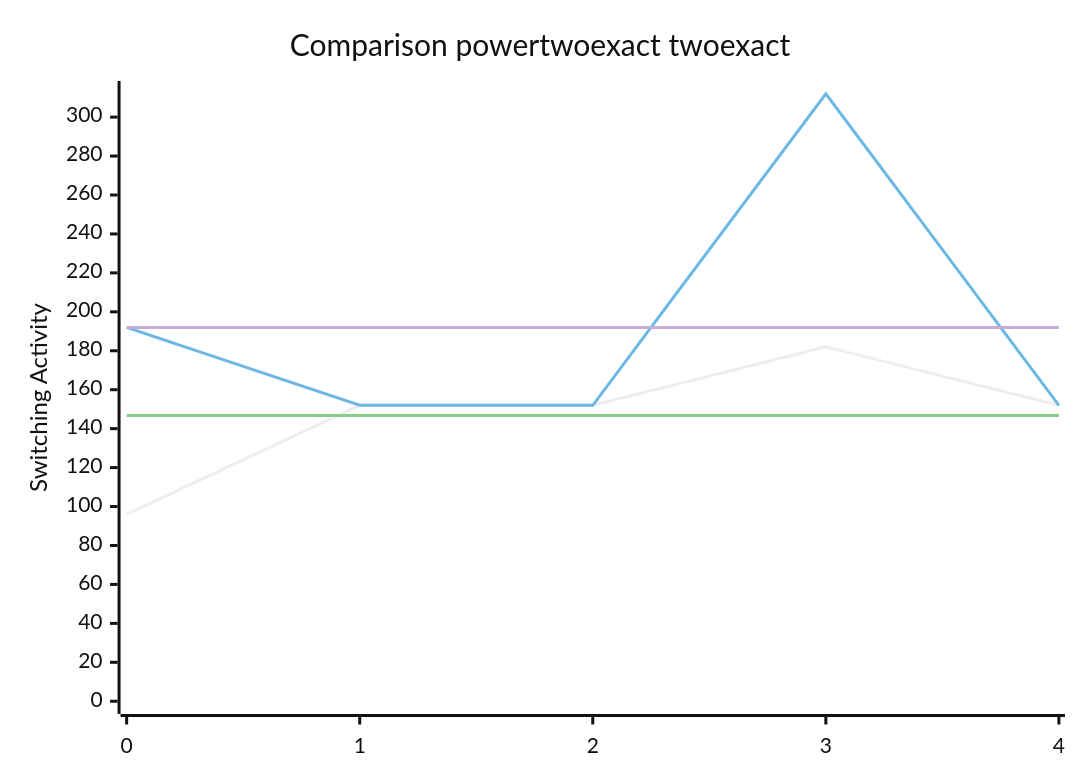
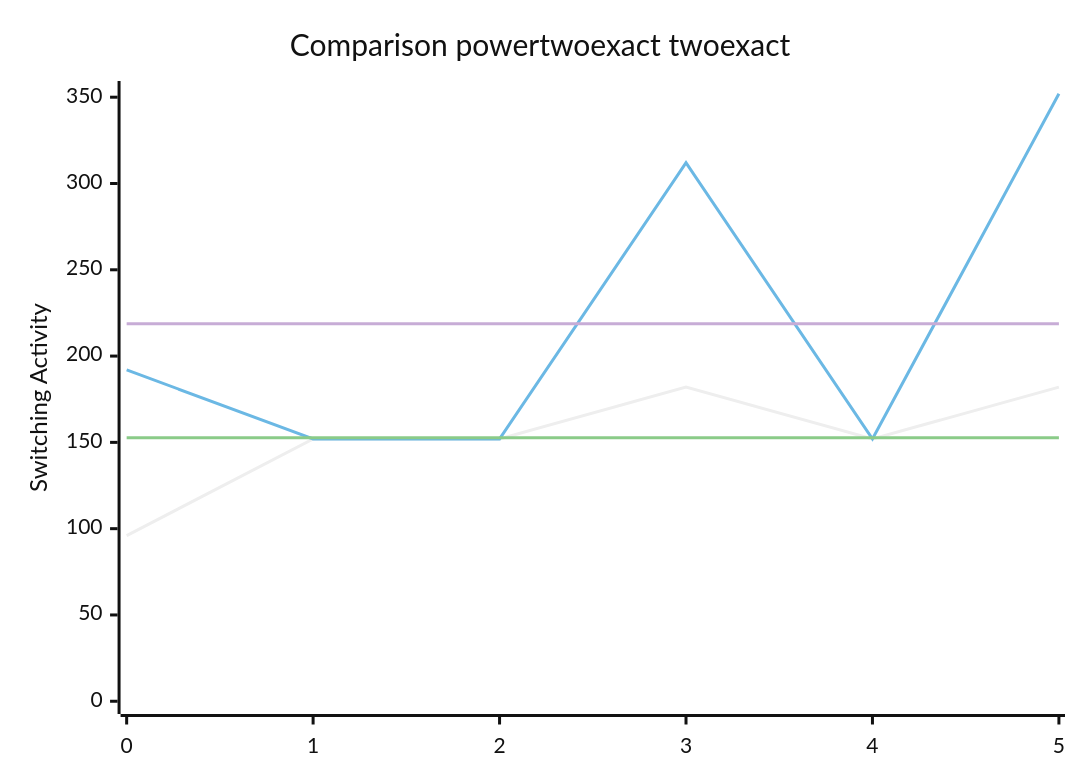
Before and after one commit to FeldmeierMichael/Exact-Power-Synthesis: the diagram in benchmark.md, drawn with Mermaid (neutral theme). The commit also changed other lines of this file and 2 other files, not shown here.

````diff
--- a/benchmark.md
+++ b/benchmark.md
@@ -11,10 +11,10 @@
 ```mermaid
 xychart-beta
     title "Comparison powertwoexact twoexact"
-    x-axis [0, 1, 2, 3, 4]
-    y-axis "Switching Activity" 0-->312
-    line [96, 152, 152, 182, 152]
-    line [192, 152, 152, 312, 152]
-    line [146.8, 146.8, 146.8, 146.8, 146.8]
-    line [192.0, 192.0, 192.0, 192.0, 192.0]
+    x-axis [0, 1, 2, 3, 4, 5]
+    y-axis "Switching Activity" 0-->352
+    line [96, 152, 152, 182, 152, 182]
+    line [192, 152, 152, 312, 152, 352]
+    line [152.66666666666666, 152.66666666666666, 152.66666666666666, 152.66666666666666, 152.66666666666666, 152.66666666666666]
+    line [218.66666666666666, 218.66666666666666, 218.66666666666666, 218.66666666666666, 218.66666666666666, 218.66666666666666]
 ```
````
